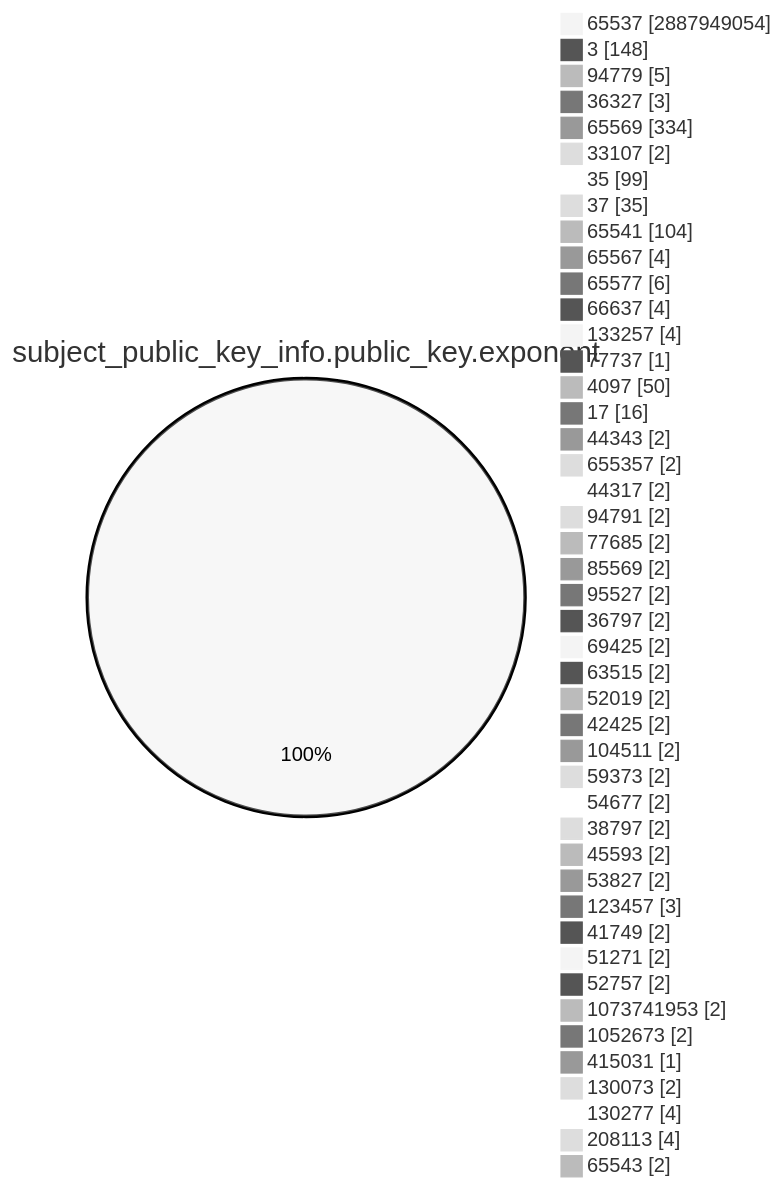
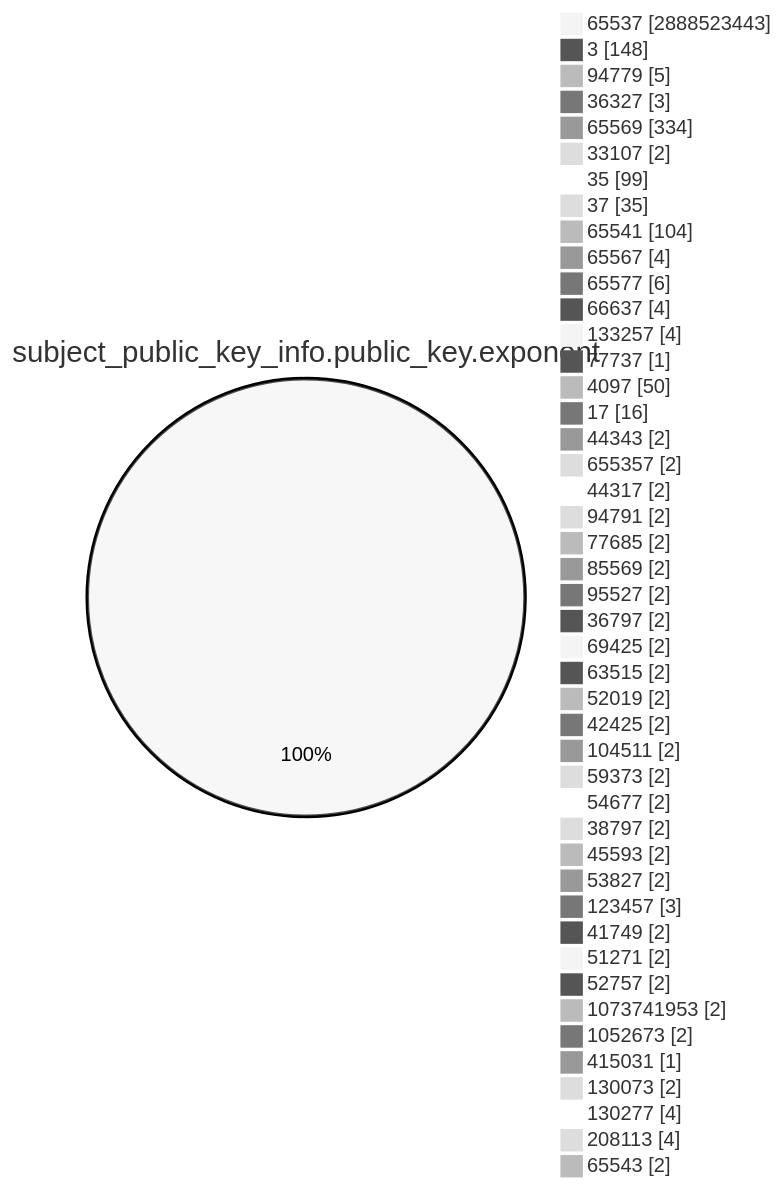
The fourth of 15 diagrams in TOTAL/README.md (christiankrug/ctmonitor_visualization), drawn with Mermaid (neutral theme) before and after one commit. The commit also changed other lines of this file, not shown here.

````diff
--- a/TOTAL/README.md
+++ b/TOTAL/README.md
@@ -1468,49 +1468,49 @@
 ```mermaid
 pie showData
 title subject_public_key_info.public_key.exponent
-"65537" :2887949054
+"65537" :2888523443
 "3" :148
 "94779" :5
 "36327" :3
 "65569" :334
 "33107" :2
 "35" :99
 "37" :35
 "65541" :104
 "65567" :4
 "65577" :6
 "66637" :4
 "133257" :4
 "77737" :1
 "4097" :50
 "17" :16
 "44343" :2
 "655357" :2
 "44317" :2
 "94791" :2
 "77685" :2
 "85569" :2
 "95527" :2
 "36797" :2
 "69425" :2
 "63515" :2
 "52019" :2
 "42425" :2
 "104511" :2
 "59373" :2
 "54677" :2
 "38797" :2
 "45593" :2
 "53827" :2
 "123457" :3
 "41749" :2
 "51271" :2
 "52757" :2
 "1073741953" :2
 "1052673" :2
 "415031" :1
 "130073" :2
 "130277" :4
 "208113" :4
 "65543" :2
 ```
````
